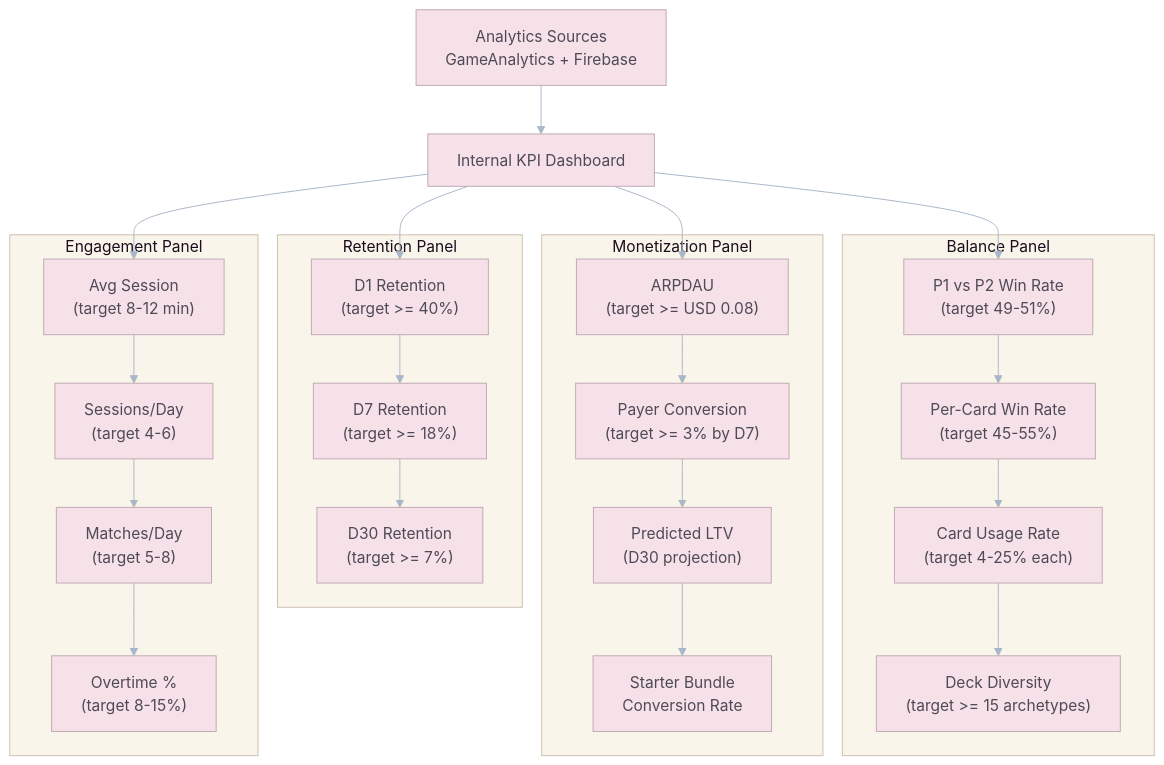
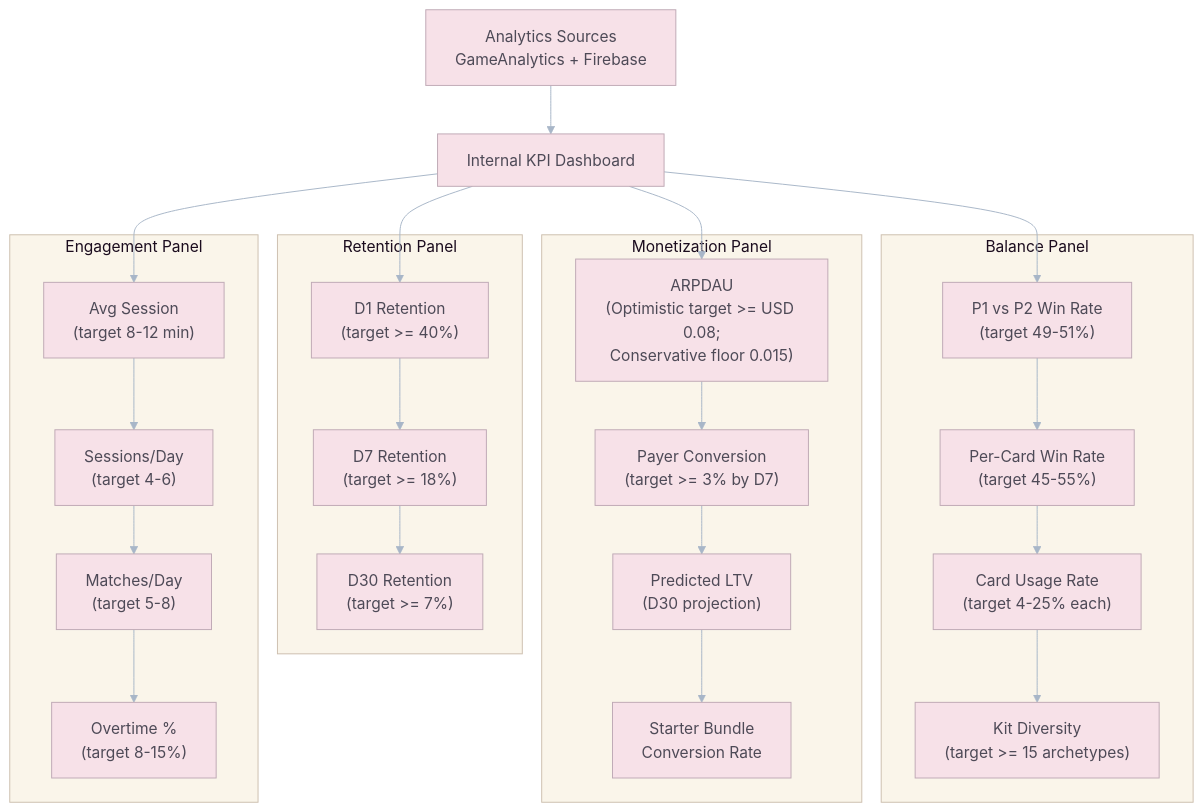
One commit to unknown-studios-code/goo-galaxy changed the third of 3 diagrams in .docs/GDD/10_Operations_Security_and_Legal.md. Above: the diagram before and after it, drawn with Mermaid. The commit also changed other lines of this file and 54 other files, not shown here.

````diff
--- a/.docs/GDD/10_Operations_Security_and_Legal.md
+++ b/.docs/GDD/10_Operations_Security_and_Legal.md
@@ -205,26 +207,26 @@
 ```mermaid
 %%{init: {"theme":"base","themeVariables":{"primaryColor":"#F7E1E8","secondaryColor":"#DCEBF7","tertiaryColor":"#E4F3E1","primaryBorderColor":"#BFA9B5","lineColor":"#A8B6C8","primaryTextColor":"#4E4A57","clusterBkg":"#FAF5EA","clusterBorder":"#CDBFAF","edgeLabelBackground":"#FFF9F2","noteBkgColor":"#F7F1FA","noteTextColor":"#4E4A57","taskBkgColor":"#DCEBF7","taskTextColor":"#4E4A57","taskTextOutsideColor":"#4E4A57","sectionBkgColor":"#E4F3E1","sectionBorderColor":"#BCD0B9","gridColor":"#E8DDD3","todayLineColor":"#C7A7B5","actorBkg":"#F7E1E8","actorBorder":"#BFA9B5","actorTextColor":"#4E4A57","signalColor":"#A8B6C8","signalTextColor":"#4E4A57","labelBoxBkgColor":"#FFF9F2","labelBoxBorderColor":"#CDBFAF","labelTextColor":"#4E4A57"}}}%%
 flowchart TD
   SOURCES["Analytics Sources<br/>GameAnalytics + Firebase"] --> DASH["Internal KPI Dashboard"]
 
     subgraph "Retention Panel"
     D1["D1 Retention<br/>(target >= 40%)"] --> D7["D7 Retention<br/>(target >= 18%)"] --> D30["D30 Retention<br/>(target >= 7%)"]
     end
 
     subgraph "Balance Panel"
-    P1P2["P1 vs P2 Win Rate<br/>(target 49-51%)"] --> CARD["Per-Card Win Rate<br/>(target 45-55%)"] --> USAGE["Card Usage Rate<br/>(target 4-25% each)"] --> DECK["Deck Diversity<br/>(target >= 15 archetypes)"]
+    P1P2["P1 vs P2 Win Rate<br/>(target 49-51%)"] --> CARD["Per-Card Win Rate<br/>(target 45-55%)"] --> USAGE["Card Usage Rate<br/>(target 4-25% each)"] --> DECK["Kit Diversity<br/>(target >= 15 archetypes)"]
     end
 
     subgraph "Monetization Panel"
-    ARPDAU["ARPDAU<br/>(target >= USD 0.08)"] --> CONV["Payer Conversion<br/>(target >= 3% by D7)"] --> LTV["Predicted LTV<br/>(D30 projection)"] --> BUNDLE["Starter Bundle<br/>Conversion Rate"]
+    ARPDAU["ARPDAU<br/>(Optimistic target >= USD 0.08;<br/>Conservative floor 0.015)"] --> CONV["Payer Conversion<br/>(target >= 3% by D7)"] --> LTV["Predicted LTV<br/>(D30 projection)"] --> BUNDLE["Starter Bundle<br/>Conversion Rate"]
     end
 
     subgraph "Engagement Panel"
     SESSION["Avg Session<br/>(target 8-12 min)"] --> FREQ["Sessions/Day<br/>(target 4-6)"] --> MATCH["Matches/Day<br/>(target 5-8)"] --> OT["Overtime %<br/>(target 8-15%)"]
     end
 
   DASH --> D1
   DASH --> P1P2
   DASH --> ARPDAU
   DASH --> SESSION
 ```
````
